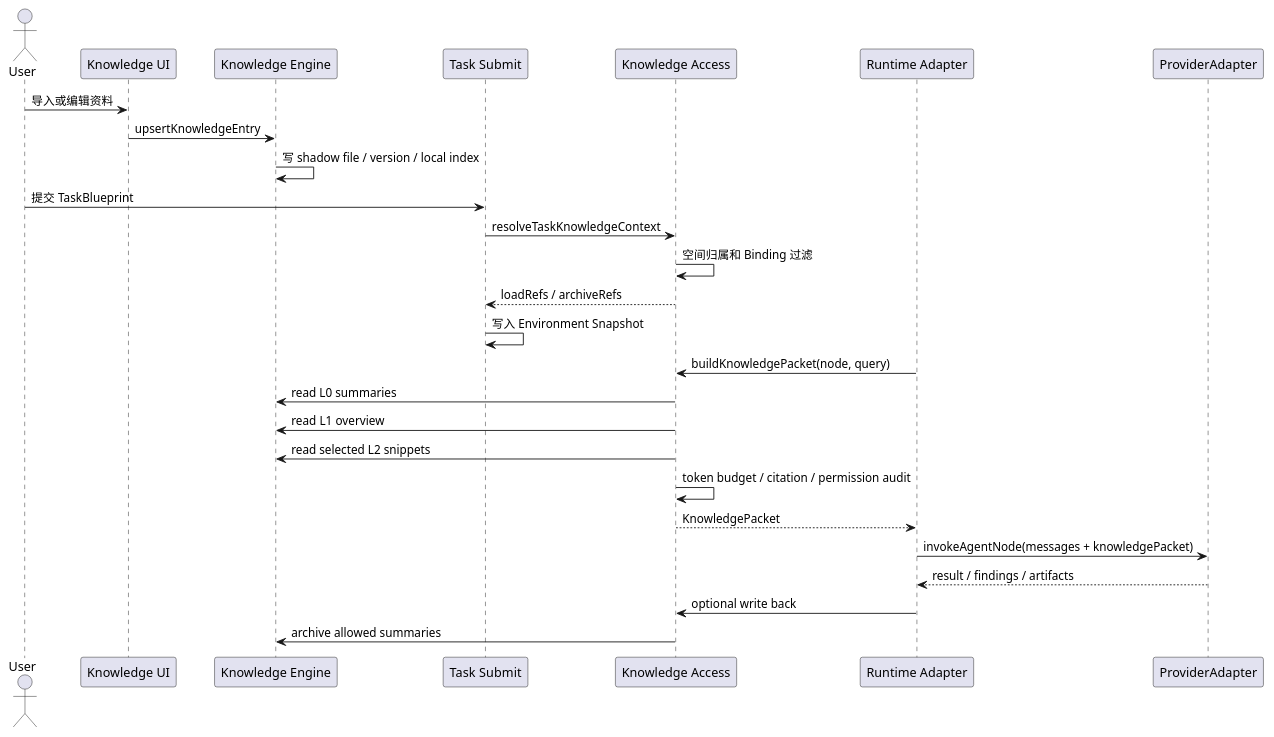
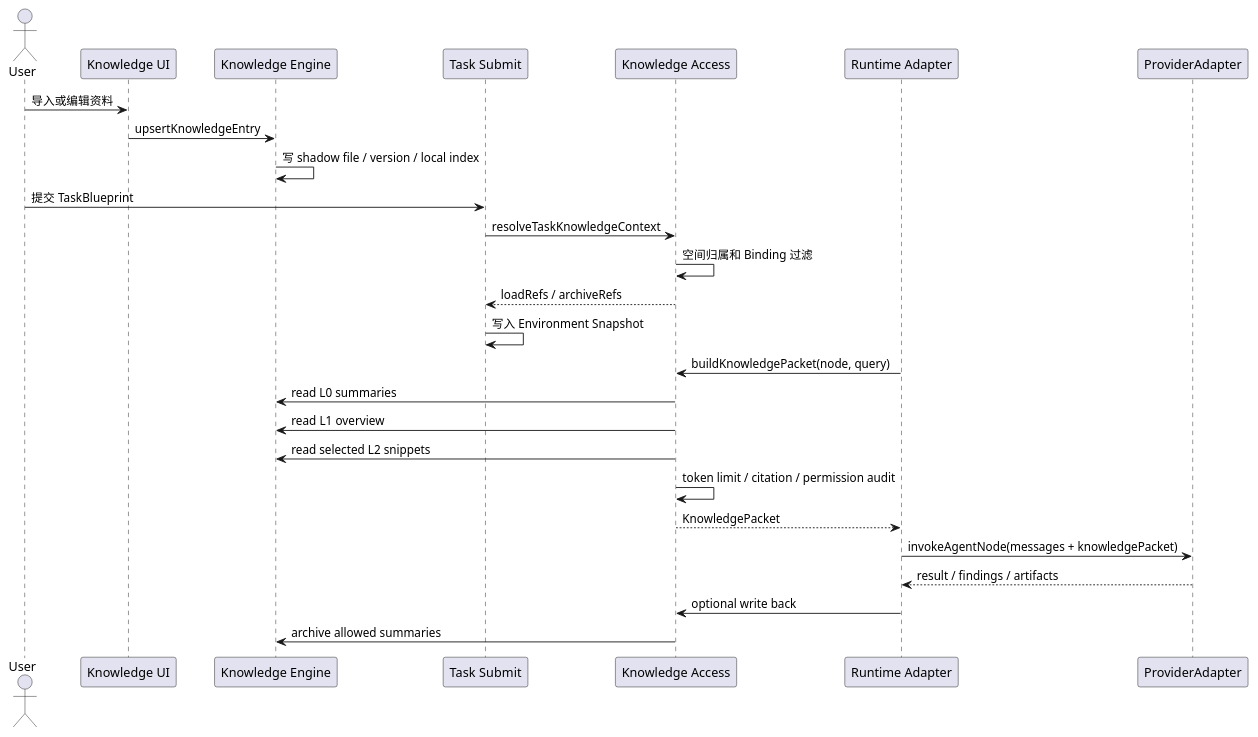
The third of 4 diagrams in docs/specs/knowledge-agent-access-spec.zh-CN.md (SimonMing47/agent-world), drawn with PlantUML before and after one commit. The commit also changed other lines of this file and 33 other files, not shown here.

````diff
--- a/docs/specs/knowledge-agent-access-spec.zh-CN.md
+++ b/docs/specs/knowledge-agent-access-spec.zh-CN.md
@@ -267,32 +267,32 @@
 ```plantuml
 @startuml
 actor User
 participant "Knowledge UI" as UI
 participant "Knowledge Engine" as KE
 participant "Task Submit" as Submit
 participant "Knowledge Access" as Access
 participant "Runtime Adapter" as Runtime
 participant "ProviderAdapter" as Provider
 
 User -> UI: 导入或编辑资料
 UI -> KE: upsertKnowledgeEntry
 KE -> KE: 写 shadow file / version / local index
 
 User -> Submit: 提交 TaskBlueprint
 Submit -> Access: resolveTaskKnowledgeContext
 Access -> Access: 空间归属和 Binding 过滤
 Access --> Submit: loadRefs / archiveRefs
 Submit -> Submit: 写入 Environment Snapshot
 
 Runtime -> Access: buildKnowledgePacket(node, query)
 Access -> KE: read L0 summaries
 Access -> KE: read L1 overview
 Access -> KE: read selected L2 snippets
-Access -> Access: token budget / citation / permission audit
+Access -> Access: token limit / citation / permission audit
 Access --> Runtime: KnowledgePacket
 Runtime -> Provider: invokeAgentNode(messages + knowledgePacket)
 Provider --> Runtime: result / findings / artifacts
 Runtime -> Access: optional write back
 Access -> KE: archive allowed summaries
 @enduml
 ```
````
